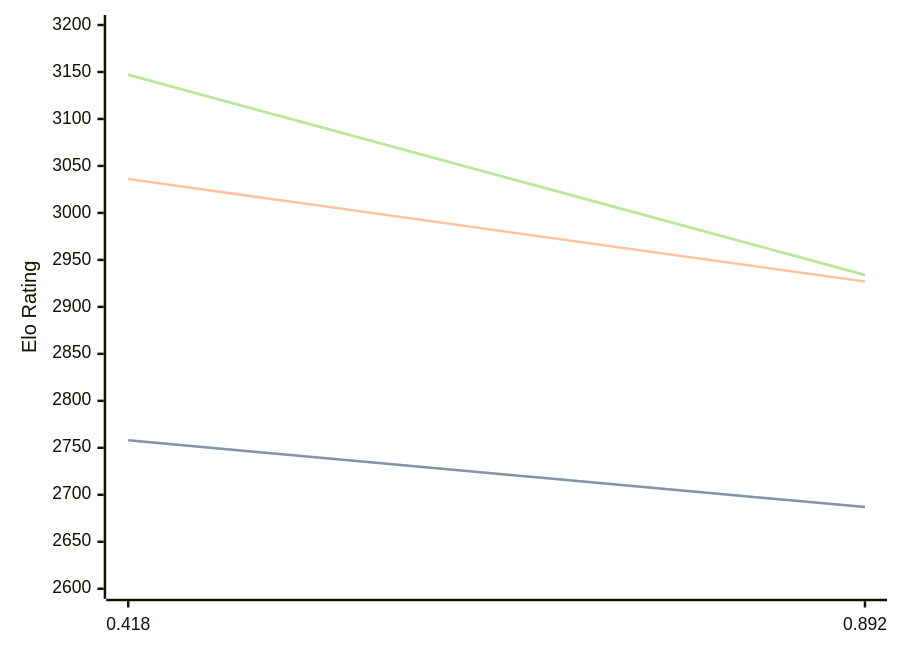
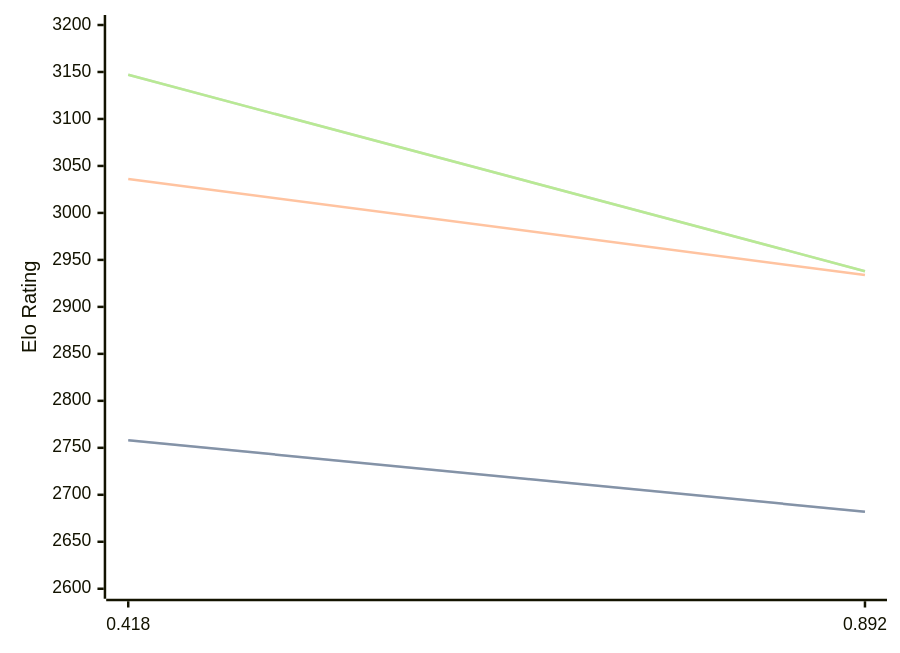
The diagram in engines/Malika.md (computer-chess-index/cci), drawn with Mermaid before and after one commit. The commit also changed other lines of this file, not shown here.

Commit message:
Update CCI Ratings (ELO VLTC) - 2026-03-05

````diff
--- a/engines/Malika.md
+++ b/engines/Malika.md
@@ -30,11 +30,11 @@
 ```mermaid
 %%{init: {"theme":"base","themeVariables":{"seriesColors:['#a3a3a3','#222221','#faa371']}}}%%
 xychart-beta
   x-axis ["0.418", "0.892"]
   y-axis "Elo Rating" 2600 --> 3200
-  line "STC (8.0+0.08s)" [2758, 2687]
-  line "STC (8.0+0.08s)" [2758, 2687]
-  line "LTC (60.0+0.60s)" [3036, 2927]
-  line "VLTC (2m24s+1.12s)" [3147, 2934]
-  line "VLTC (2m24s+1.12s)" [3147, 2934]
+  line "STC (8.0+0.08s)" [2758, 2682]
+  line "STC (8.0+0.08s)" [2758, 2682]
+  line "LTC (60.0+0.60s)" [3036, 2934]
+  line "VLTC (2m24s+1.12s)" [3147, 2938]
+  line "VLTC (2m24s+1.12s)" [3147, 2938]
 ```
````
